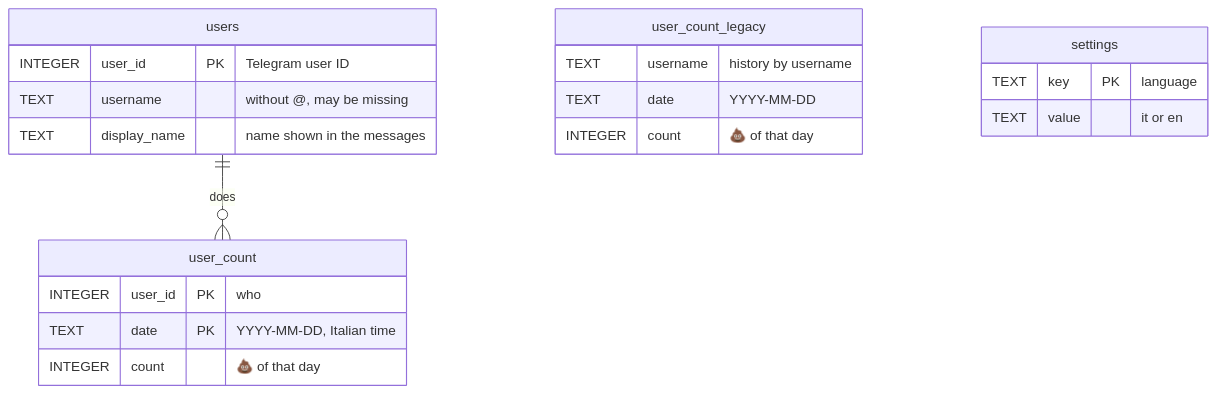
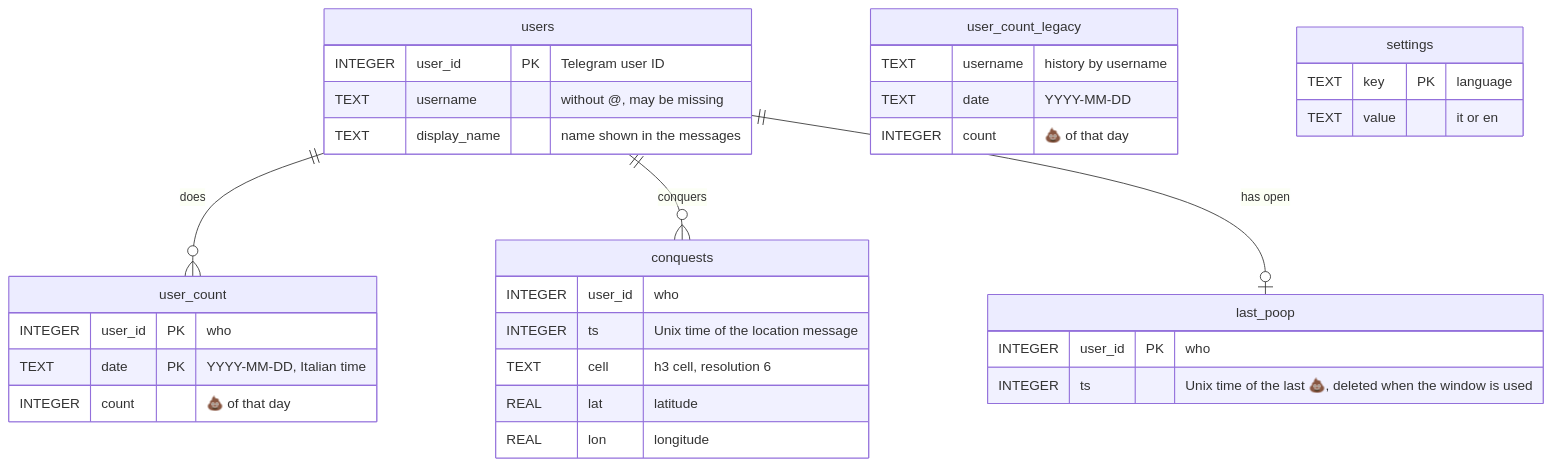
One commit to francescoperrino/Caccometro changed the second of 2 diagrams in docs/architecture.md. Above: the diagram before and after it, drawn with Mermaid. The commit also changed other lines of this file and 13 other files, not shown here.

````diff
--- a/docs/architecture.md
+++ b/docs/architecture.md
@@ -72,23 +79,36 @@
 ```mermaid
 erDiagram
     users ||--o{ user_count : "does"
+    users ||--o{ conquests : "conquers"
+    users ||--o| last_poop : "has open"
     users {
         INTEGER user_id PK "Telegram user ID"
         TEXT username "without @, may be missing"
         TEXT display_name "name shown in the messages"
     }
     user_count {
         INTEGER user_id PK "who"
         TEXT date PK "YYYY-MM-DD, Italian time"
         INTEGER count "💩 of that day"
     }
     user_count_legacy {
         TEXT username "history by username"
         TEXT date "YYYY-MM-DD"
         INTEGER count "💩 of that day"
     }
+    conquests {
+        INTEGER user_id "who"
+        INTEGER ts "Unix time of the location message"
+        TEXT cell "h3 cell, resolution 6"
+        REAL lat "latitude"
+        REAL lon "longitude"
+    }
+    last_poop {
+        INTEGER user_id PK "who"
+        INTEGER ts "Unix time of the last 💩, deleted when the window is used"
+    }
     settings {
         TEXT key PK "language"
         TEXT value "it or en"
     }
 ```
````
